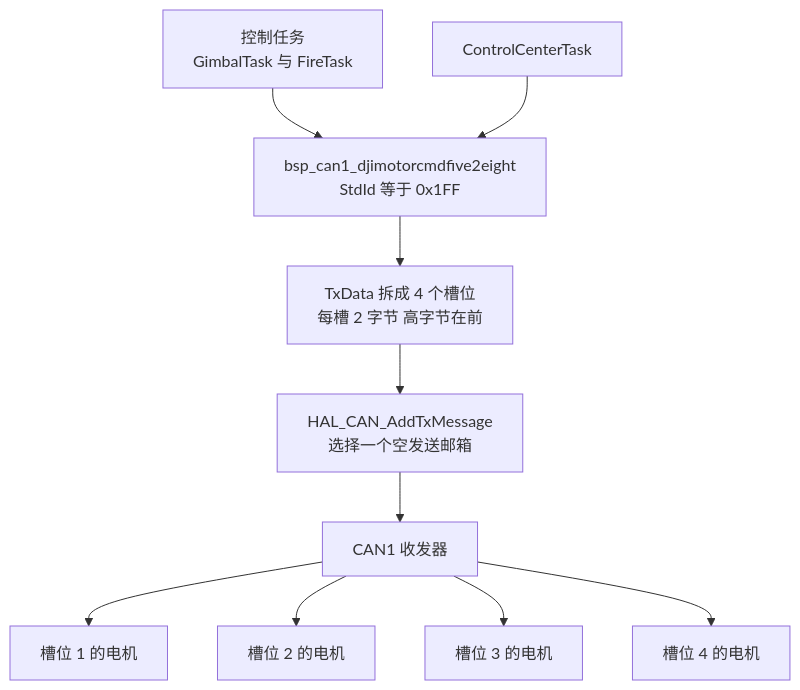
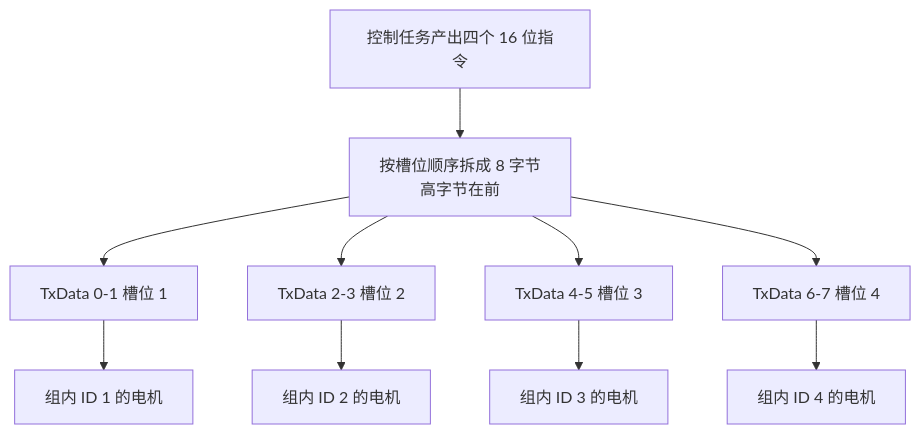
One commit to TC635807/TC63PersonalWebsite changed the first of 3 diagrams in docs/03-CAN 与电机/03-DJI6020/01-报文帧格式与ID.md. Above: the diagram before and after it, drawn with Mermaid. The commit also changed other lines of this file and 728 other files, not shown here.

````diff
--- a/docs/03-CAN 与电机/03-DJI6020/01-报文帧格式与ID.md
+++ b/docs/03-CAN 与电机/03-DJI6020/01-报文帧格式与ID.md
@@ -60,12 +40,12 @@
 ```mermaid
 flowchart TD
-    A["控制任务<br/>GimbalTask 与 FireTask"] --> B["bsp_can1_djimotorcmdfive2eight<br/>StdId 等于 0x1FF"]
-    A2["ControlCenterTask"] --> B
-    B --> C["TxData 拆成 4 个槽位<br/>每槽 2 字节 高字节在前"]
-    C --> D["HAL_CAN_AddTxMessage<br/>选择一个空发送邮箱"]
-    D --> E["CAN1 收发器"]
-    E --> F1["槽位 1 的电机"]
-    E --> F2["槽位 2 的电机"]
-    E --> F3["槽位 3 的电机"]
-    E --> F4["槽位 4 的电机"]
+    A["控制任务产出四个 16 位指令"] --> B["按槽位顺序拆成 8 字节<br/>高字节在前"]
+    B --> C["TxData 0-1 槽位 1"]
+    B --> D["TxData 2-3 槽位 2"]
+    B --> E["TxData 4-5 槽位 3"]
+    B --> F["TxData 6-7 槽位 4"]
+    C --> G["组内 ID 1 的电机"]
+    D --> H["组内 ID 2 的电机"]
+    E --> I["组内 ID 3 的电机"]
+    F --> J["组内 ID 4 的电机"]
 ```
````
